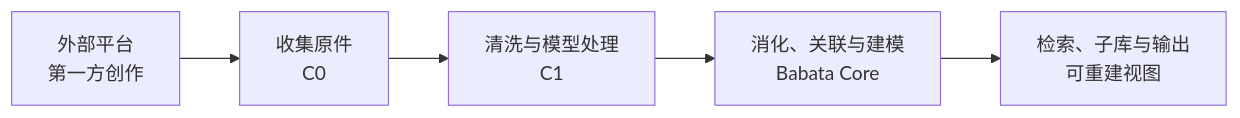
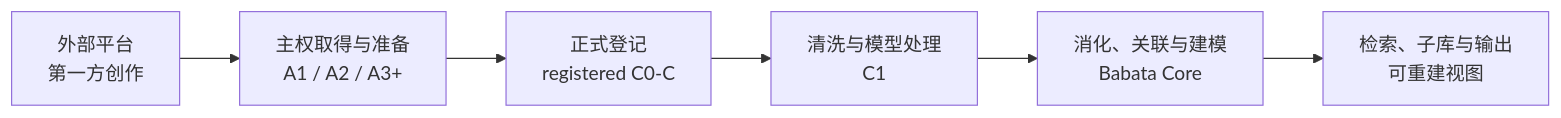
Before and after one commit to jadelaglace/babata: the diagram in README.md, drawn with Mermaid. The commit also changed other lines of this file and 9 other files, not shown here.

````diff
--- a/README.md
+++ b/README.md
@@ -22,7 +22,8 @@
 ```mermaid
 flowchart LR
-    A["外部平台<br/>第一方创作"] --> B["收集原件<br/>C0"]
-    B --> C["清洗与模型处理<br/>C1"]
+    A["外部平台<br/>第一方创作"] --> B["主权取得与准备<br/>A1 / A2 / A3+"]
+    B --> C0["正式登记<br/>registered C0-C"]
+    C0 --> C["清洗与模型处理<br/>C1"]
     C --> D["消化、关联与建模<br/>Babata Core"]
     D --> E["检索、子库与输出<br/>可重建视图"]
 ```
````
